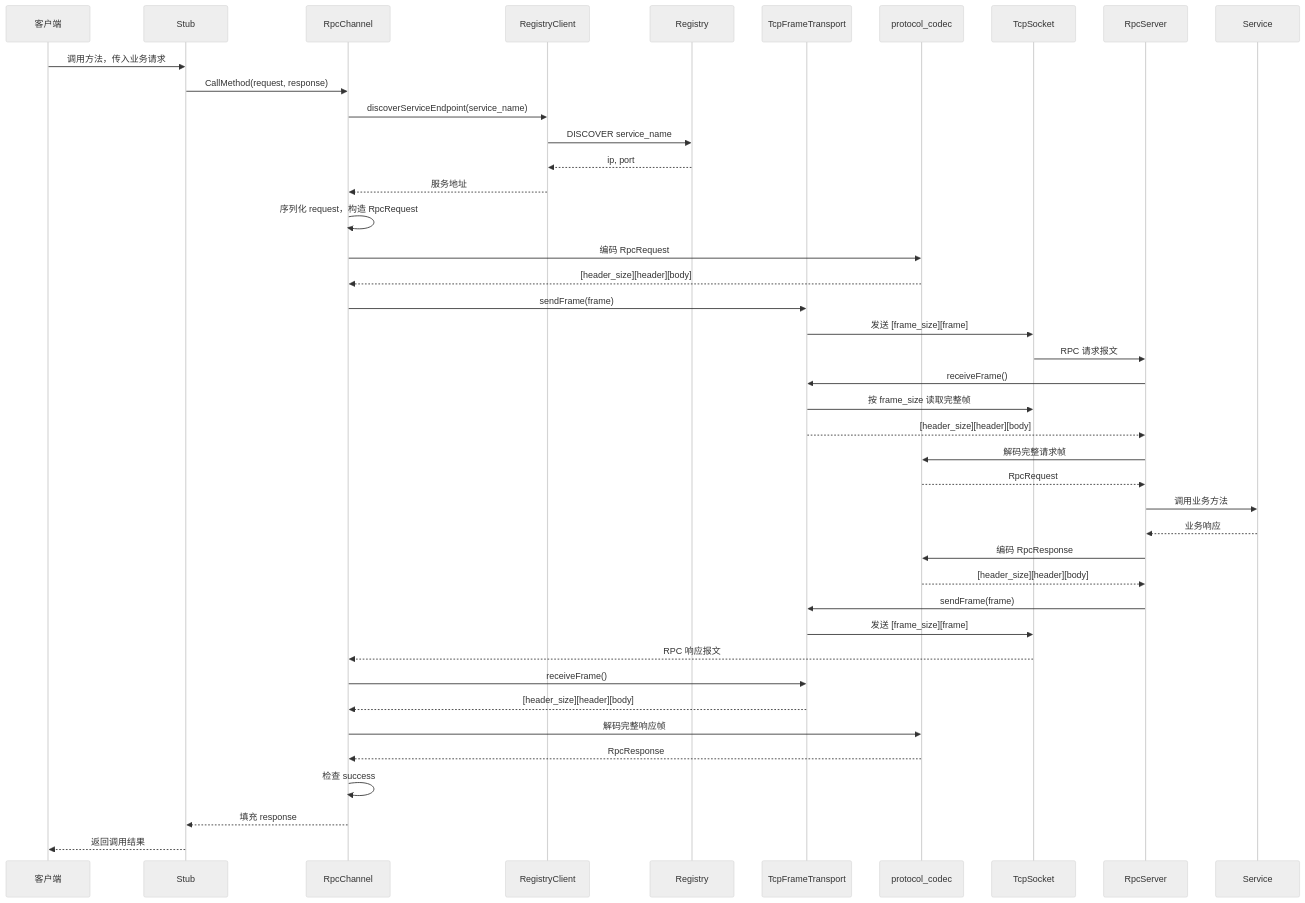
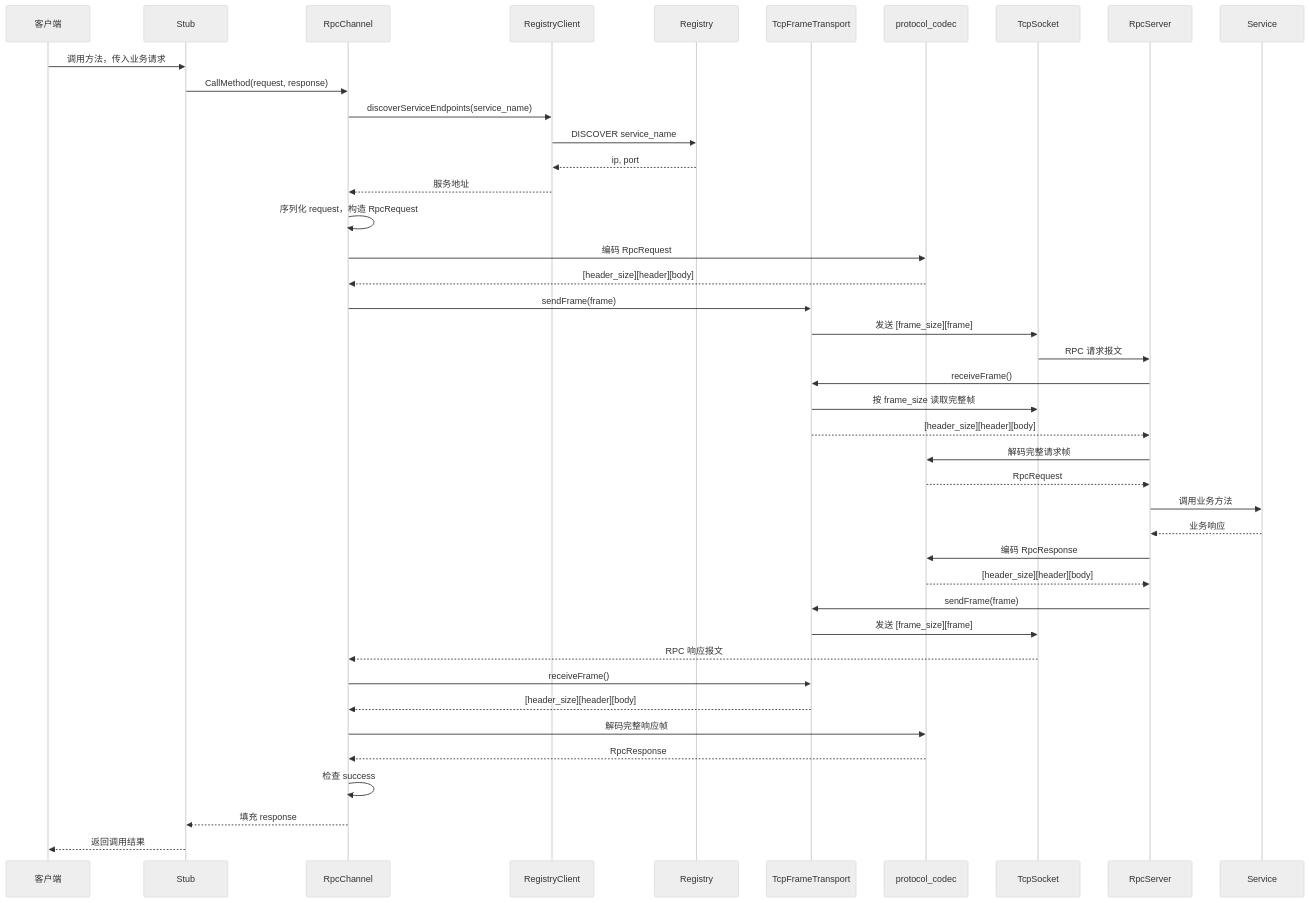
One commit to lvpiguai/tinyrpc changed the second of 2 diagrams in README.md. Above: the diagram before and after it, drawn with Mermaid (neutral theme). The commit also changed 6 other files, not shown here.

````diff
--- a/README.md
+++ b/README.md
@@ -140,48 +140,48 @@
 ```mermaid
 sequenceDiagram
     participant Client as 客户端
     participant Stub
     participant Channel as RpcChannel
     participant RegistryClient
     participant Registry
     participant Transport as TcpFrameTransport
     participant Codec as protocol_codec
     participant Socket as TcpSocket
     participant Server as RpcServer
     participant Service as Service
 
     Client->>Stub: 调用方法，传入业务请求
     Stub->>Channel: CallMethod(request, response)
-    Channel->>RegistryClient: discoverServiceEndpoint(service_name)
+    Channel->>RegistryClient: discoverServiceEndpoints(service_name)
     RegistryClient->>Registry: DISCOVER service_name
     Registry-->>RegistryClient: ip, port
     RegistryClient-->>Channel: 服务地址
 
     Channel->>Channel: 序列化 request，构造 RpcRequest
     Channel->>Codec: 编码 RpcRequest
     Codec-->>Channel: [header_size][header][body]
     Channel->>Transport: sendFrame(frame)
     Transport->>Socket: 发送 [frame_size][frame]
     Socket->>Server: RPC 请求报文
 
     Server->>Transport: receiveFrame()
     Transport->>Socket: 按 frame_size 读取完整帧
     Transport-->>Server: [header_size][header][body]
     Server->>Codec: 解码完整请求帧
     Codec-->>Server: RpcRequest
     Server->>Service: 调用业务方法
     Service-->>Server: 业务响应
 
     Server->>Codec: 编码 RpcResponse
     Codec-->>Server: [header_size][header][body]
     Server->>Transport: sendFrame(frame)
     Transport->>Socket: 发送 [frame_size][frame]
     Socket-->>Channel: RPC 响应报文
     Channel->>Transport: receiveFrame()
     Transport-->>Channel: [header_size][header][body]
     Channel->>Codec: 解码完整响应帧
     Codec-->>Channel: RpcResponse
     Channel->>Channel: 检查 success
     Channel-->>Stub: 填充 response
     Stub-->>Client: 返回调用结果
 ```
````
